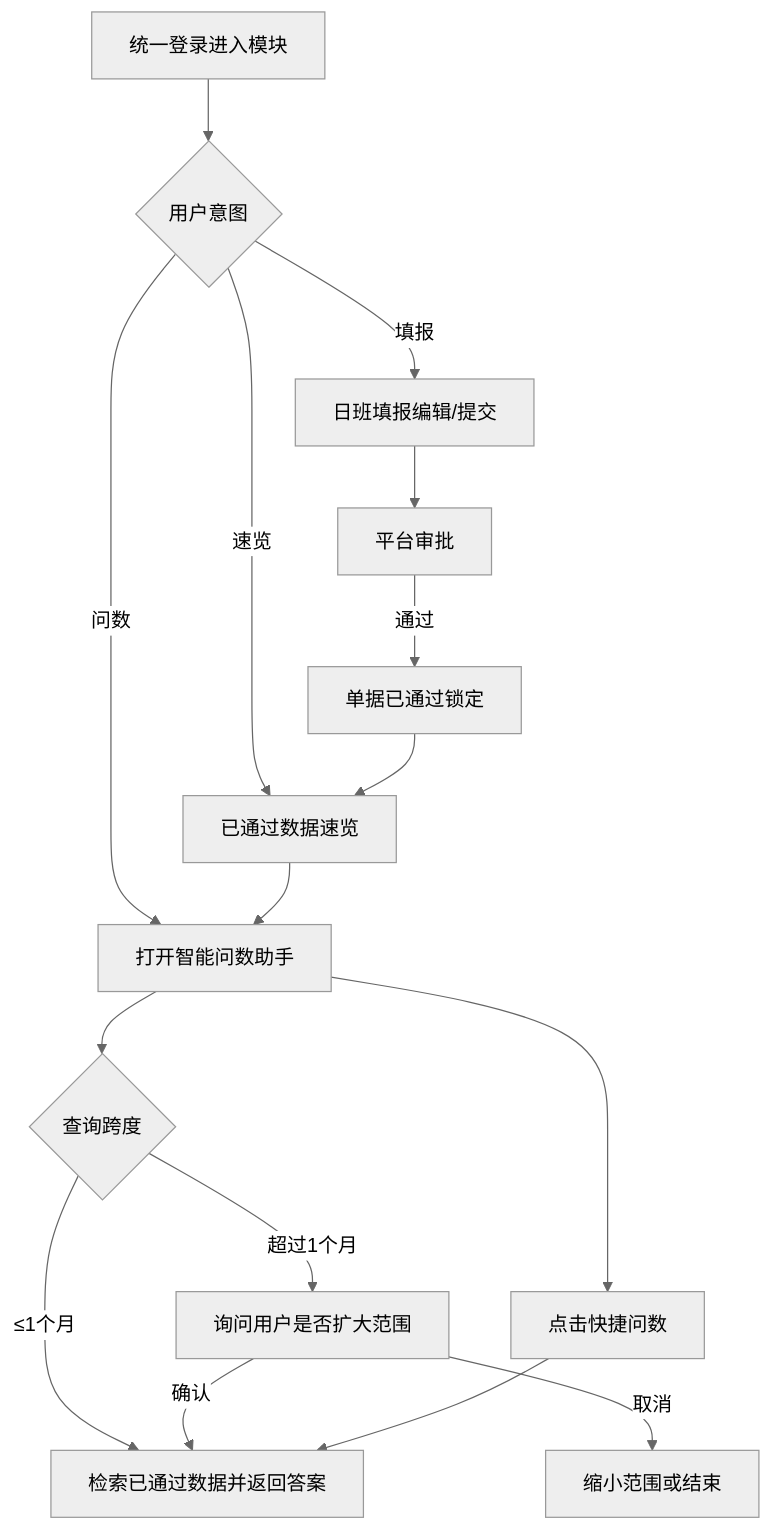
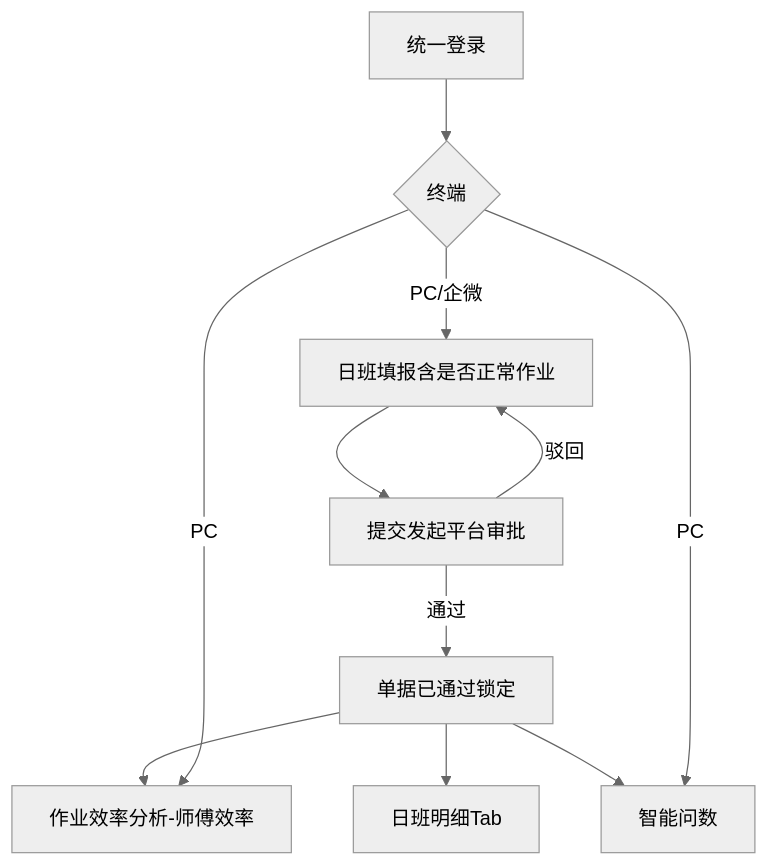
One commit to liaoliao66/TOS changed the first of 6 diagrams in docs/versions/v1.0.0/prd.md. Above: the diagram before and after it, drawn with Mermaid (neutral theme). The commit also changed other lines of this file and 15 other files, not shown here.

````diff
--- a/docs/versions/v1.0.0/prd.md
+++ b/docs/versions/v1.0.0/prd.md
@@ -119,18 +130,13 @@
 ```mermaid
 flowchart TD
-    A[统一登录进入模块] --> B{用户意图}
-    B -->|填报| C[日班填报编辑/提交]
-    C --> D[平台审批]
+    A[统一登录] --> B{终端}
+    B -->|PC/企微| C[日班填报含是否正常作业]
+    C --> D[提交发起平台审批]
     D -->|通过| E[单据已通过锁定]
-    B -->|速览| F[已通过数据速览]
-    E --> F
-    B -->|问数| G[打开智能问数助手]
-    F --> G
-    G --> H{查询跨度}
-    H -->|≤1个月| I[检索已通过数据并返回答案]
-    H -->|超过1个月| J[询问用户是否扩大范围]
-    J -->|确认| I
-    J -->|取消| K[缩小范围或结束]
-    G --> L[点击快捷问数]
-    L --> I
+    D -->|驳回| C
+    E --> F[作业效率分析-师傅效率]
+    E --> G[日班明细Tab]
+    E --> H[智能问数]
+    B -->|PC| F
+    B -->|PC| H
 ```
````
